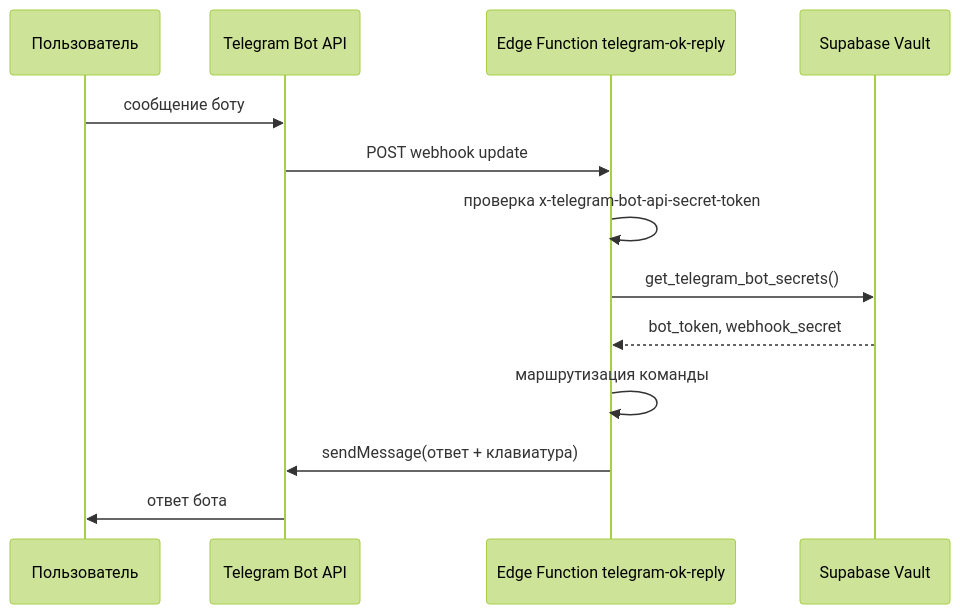
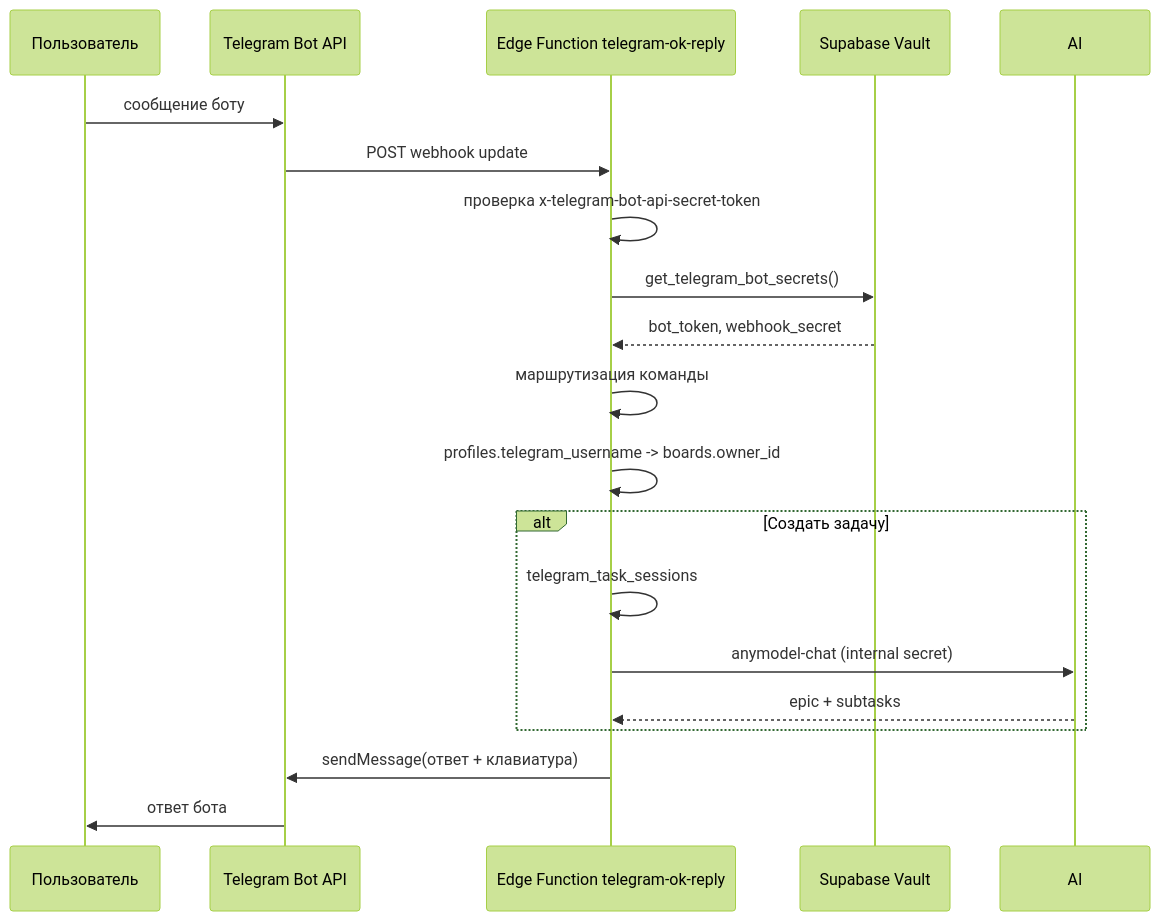
One commit to SHBLN/vibe-coding-3-3 changed the diagram in docs/TELEGRAM_BOT.md. Above: the diagram before and after it, drawn with Mermaid (forest theme). The commit also changed other lines of this file and 21 other files, not shown here.

````diff
--- a/docs/TELEGRAM_BOT.md
+++ b/docs/TELEGRAM_BOT.md
@@ -7,16 +7,22 @@
 ```mermaid
 sequenceDiagram
     participant User as Пользователь
     participant TG as Telegram Bot API
     participant EF as Edge Function telegram-ok-reply
     participant Vault as Supabase Vault
 
     User->>TG: сообщение боту
     TG->>EF: POST webhook update
     EF->>EF: проверка x-telegram-bot-api-secret-token
     EF->>Vault: get_telegram_bot_secrets()
     Vault-->>EF: bot_token, webhook_secret
     EF->>EF: маршрутизация команды
+    EF->>EF: profiles.telegram_username -> boards.owner_id
+    alt Создать задачу
+        EF->>EF: telegram_task_sessions
+        EF->>AI: anymodel-chat (internal secret)
+        AI-->>EF: epic + subtasks
+    end
     EF->>TG: sendMessage(ответ + клавиатура)
     TG->>User: ответ бота
 ```
````
